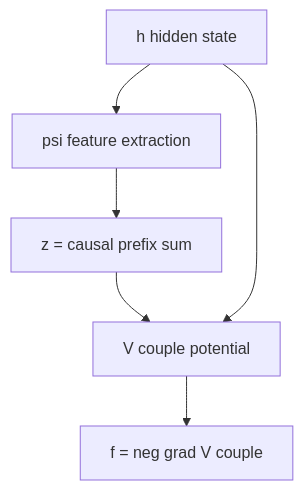
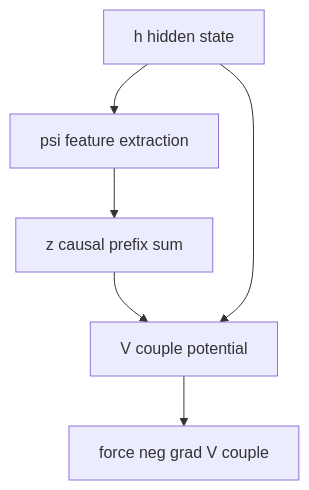
Before and after one commit to dimitarpg13/semsimula-paper: the second of 5 diagrams in companion_notes/Context_Mixing_Mechanisms_in_the_Conservative_Framework.md, drawn with Mermaid. The commit also changed other lines of this file, not shown here.

````diff
--- a/companion_notes/Context_Mixing_Mechanisms_in_the_Conservative_Framework.md
+++ b/companion_notes/Context_Mixing_Mechanisms_in_the_Conservative_Framework.md
@@ -525,14 +525,14 @@
 ```mermaid
 flowchart TB
+    H["h hidden state"]
     PSI["psi feature extraction"]
-    AGG["z = causal prefix sum"]
+    AGG["z causal prefix sum"]
     COUP["V couple potential"]
-    FRC["f = neg grad V couple"]
-    H["h hidden state"]
+    FRC["force neg grad V couple"]
 
     H --> PSI
     PSI --> AGG
     AGG --> COUP
     H --> COUP
     COUP --> FRC
 ```
````
